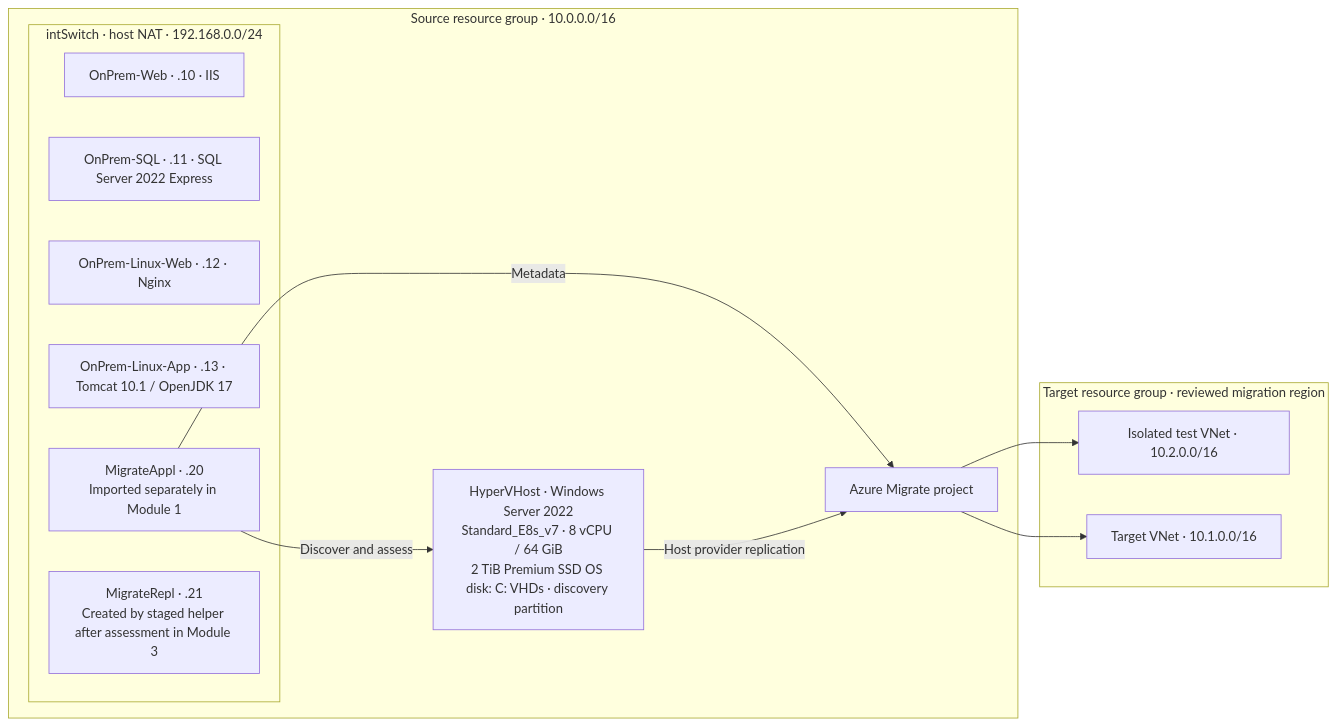
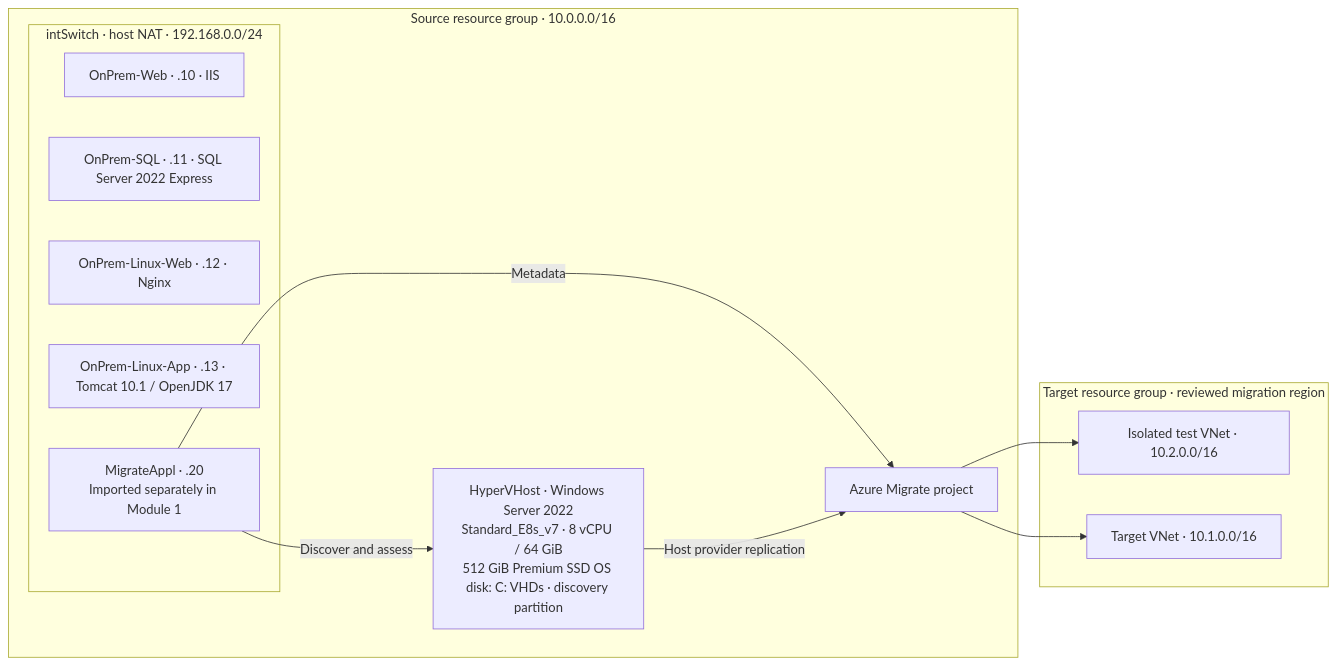
Before and after one commit to JBibbs19/azure-migrate-workshop: the diagram in README.md, drawn with Mermaid. The commit also changed other lines of this file and 15 other files, not shown here.

````diff
--- a/README.md
+++ b/README.md
@@ -41,24 +41,23 @@
 ```mermaid
 flowchart LR
   subgraph Source["Source resource group · 10.0.0.0/16"]
-    Host["HyperVHost · Windows Server 2022\nStandard_E8s_v7 · 8 vCPU / 64 GiB\n2 TiB Premium SSD OS disk: C: VHDs · discovery partition"]
+    Host["HyperVHost · Windows Server 2022\nStandard_E8s_v7 · 8 vCPU / 64 GiB\n512 GiB Premium SSD OS disk: C: VHDs · discovery partition"]
     subgraph Nested["intSwitch · host NAT · 192.168.0.0/24"]
       IIS["OnPrem-Web · .10 · IIS"]
       SQL["OnPrem-SQL · .11 · SQL Server 2022 Express"]
       Nginx["OnPrem-Linux-Web · .12 · Nginx"]
       App["OnPrem-Linux-App · .13 · Tomcat 10.1 / OpenJDK 17"]
       Appliance["MigrateAppl · .20\nImported separately in Module 1"]
-      Repl["MigrateRepl · .21\nCreated by staged helper after assessment in Module 3"]
     end
     Project["Azure Migrate project"]
     Appliance -->|Discover and assess| Host
     Appliance -->|Metadata| Project
   end
   subgraph Destination["Target resource group · reviewed migration region"]
     Test["Isolated test VNet · 10.2.0.0/16"]
     Target["Target VNet · 10.1.0.0/16"]
   end
   Host -->|Host provider replication| Project
   Project --> Test
   Project --> Target
 ```
````
